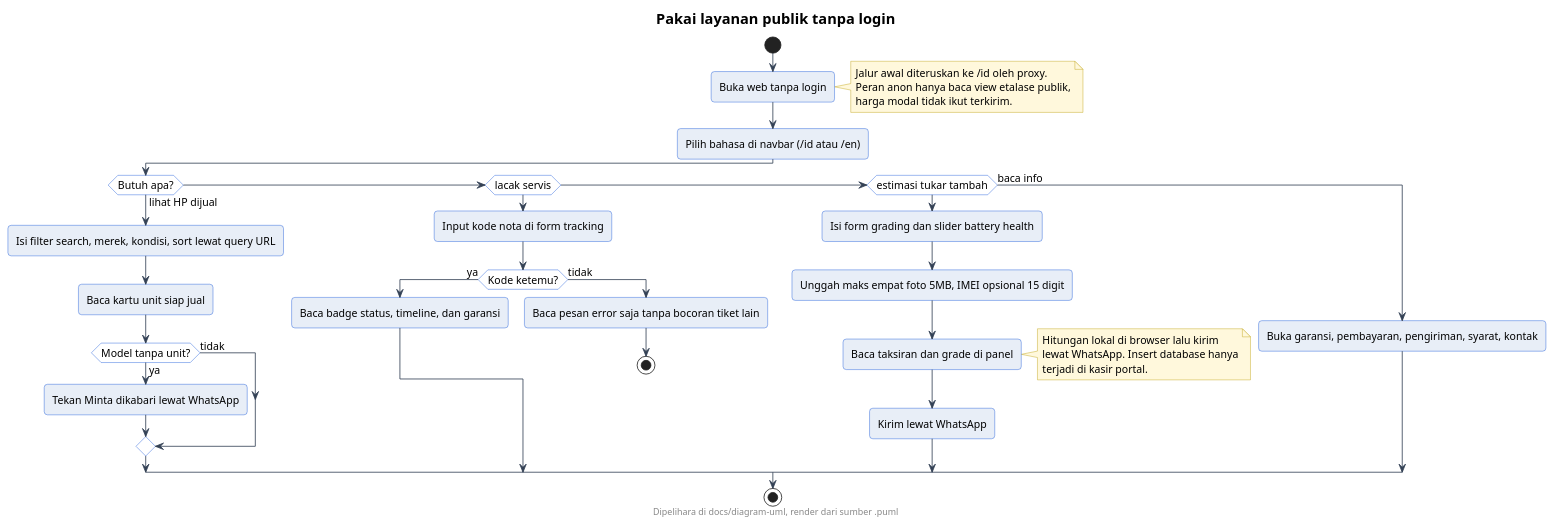
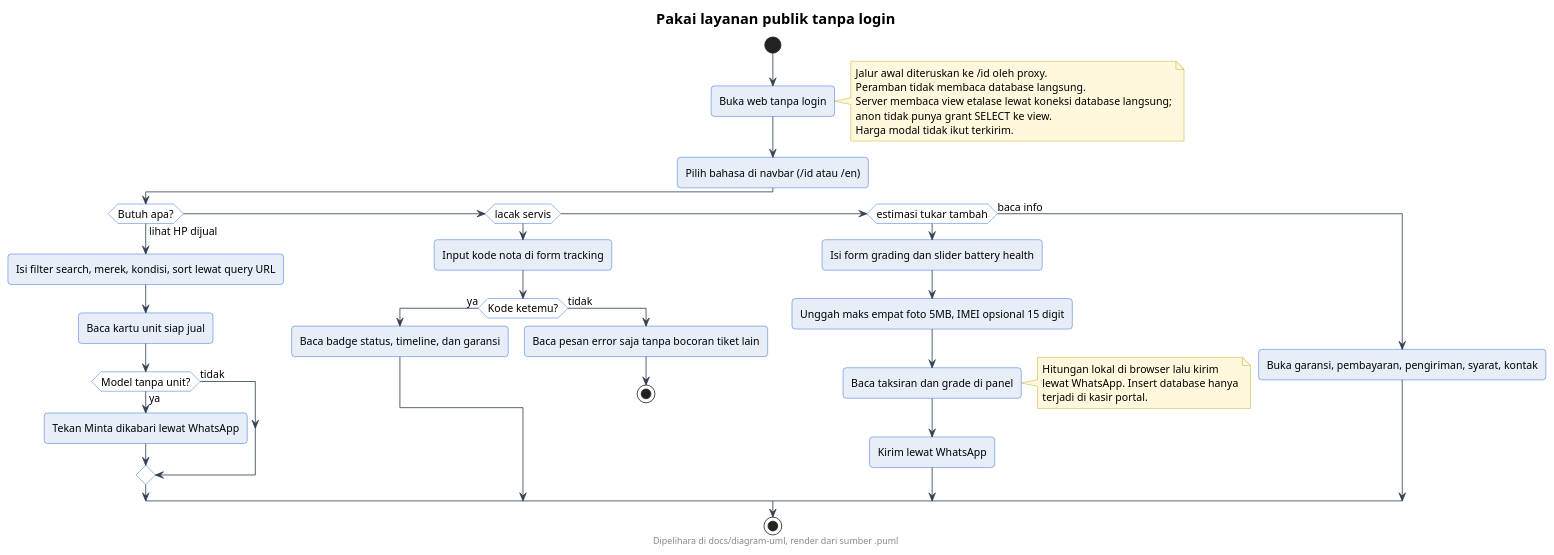
Before and after one commit to neiaki/KP: the diagram in docs/diagram-uml/pengunjung/activity-pengunjung.puml, drawn with PlantUML. The commit also changed 39 other files, not shown here.

```diff
--- a/docs/diagram-uml/pengunjung/activity-pengunjung.puml
+++ b/docs/diagram-uml/pengunjung/activity-pengunjung.puml
@@ -1,82 +1,84 @@
 @startuml
 ' --- gaya At Cell (inline, mandiri utk server publik) ---
 skinparam backgroundColor #FFFFFF
 skinparam shadowing false
 skinparam roundcorner 8
 skinparam defaultFontName sans-serif
 skinparam defaultFontSize 13
 skinparam titleFontSize 18
 skinparam titleFontStyle bold
 skinparam headerFontSize 11
 skinparam footerFontSize 11
 skinparam noteBackgroundColor #FFF8DC
 skinparam noteBorderColor #B89B00
 skinparam actorBackgroundColor #E8EEF7
 skinparam actorBorderColor #0B4ED8
 skinparam participantBackgroundColor #E8EEF7
 skinparam participantBorderColor #0B4ED8
 skinparam usecaseBackgroundColor #E8EEF7
 skinparam usecaseBorderColor #0B4ED8
 skinparam classBackgroundColor #E8EEF7
 skinparam classBorderColor #0B4ED8
 skinparam objectBackgroundColor #EEF3FA
 skinparam objectBorderColor #0B4ED8
 skinparam activityBackgroundColor #E8EEF7
 skinparam activityBorderColor #0B4ED8
 skinparam activityDiamondBackgroundColor #FFFFFF
 skinparam activityDiamondBorderColor #0B4ED8
 skinparam stateBackgroundColor #E8EEF7
 skinparam stateBorderColor #0B4ED8
 skinparam stateStartColor #0B4ED8
 skinparam stateEndColor #0B4ED8
 skinparam componentBackgroundColor #E8EEF7
 skinparam componentBorderColor #0B4ED8
 skinparam cloudBackgroundColor #F2F5FA
 skinparam cloudBorderColor #5B6B82
 skinparam databaseBackgroundColor #E8EEF7
 skinparam databaseBorderColor #0B4ED8
 skinparam entityBackgroundColor #E8EEF7
 skinparam entityBorderColor #0B4ED8
 skinparam sequenceArrowColor #334155
 skinparam sequenceLifeLineBorderColor #0B4ED8
 skinparam sequenceParticipantBorderColor #0B4ED8
 footer Dipelihara di docs/diagram-uml, render dari sumber .puml
 title Pakai layanan publik tanpa login
 start
 :Buka web tanpa login;
 note right
   Jalur awal diteruskan ke /id oleh proxy.
-  Peran anon hanya baca view etalase publik,
-  harga modal tidak ikut terkirim.
+  Peramban tidak membaca database langsung.
+  Server membaca view etalase lewat koneksi database langsung;
+  anon tidak punya grant SELECT ke view.
+  Harga modal tidak ikut terkirim.
 end note
 :Pilih bahasa di navbar (/id atau /en);
 if (Butuh apa?) then (lihat HP dijual)
   :Isi filter search, merek, kondisi, sort lewat query URL;
   :Baca kartu unit siap jual;
   if (Model tanpa unit?) then (ya)
     :Tekan Minta dikabari lewat WhatsApp;
   else (tidak)
   endif
 elseif (lacak servis) then
   :Input kode nota di form tracking;
   if (Kode ketemu?) then (ya)
     :Baca badge status, timeline, dan garansi;
   else (tidak)
     :Baca pesan error saja tanpa bocoran tiket lain;
     stop
   endif
 elseif (estimasi tukar tambah) then
   :Isi form grading dan slider battery health;
   :Unggah maks empat foto 5MB, IMEI opsional 15 digit;
   :Baca taksiran dan grade di panel;
   note right
     Hitungan lokal di browser lalu kirim
     lewat WhatsApp. Insert database hanya
     terjadi di kasir portal.
   end note
   :Kirim lewat WhatsApp;
 else (baca info)
   :Buka garansi, pembayaran, pengiriman, syarat, kontak;
 endif
 stop
 @enduml
```
